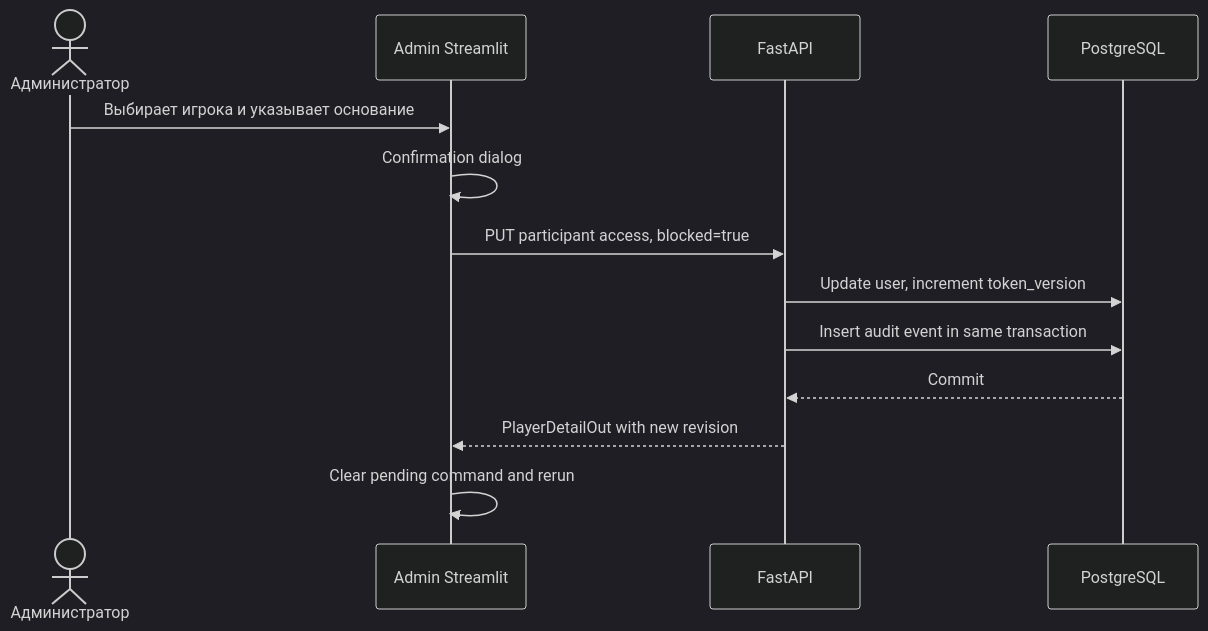
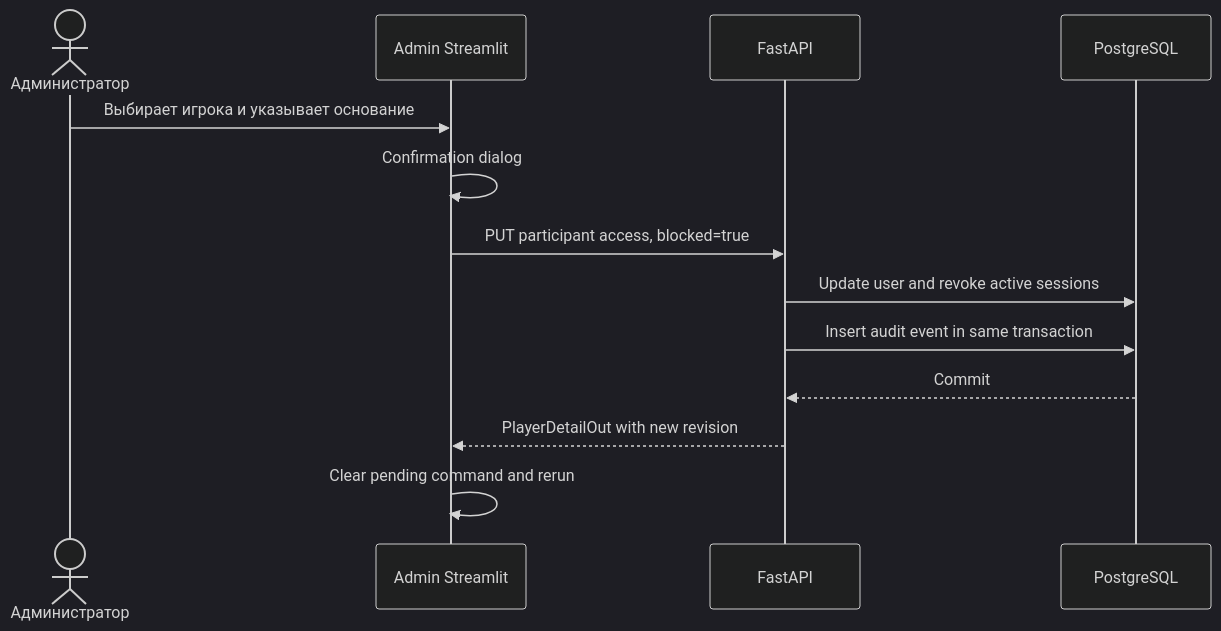
Diagram 12 of 13 in docs/streamlit-fastapi.md (BigZet/AMLautosim), drawn with Mermaid (dark theme) before and after one commit. The commit also changed other lines of this file and 179 other files, not shown here.

````diff
--- a/docs/streamlit-fastapi.md
+++ b/docs/streamlit-fastapi.md
@@ -515,16 +523,16 @@
 ```mermaid
 sequenceDiagram
     actor A as Администратор
     participant S as Admin Streamlit
     participant F as FastAPI
     participant D as PostgreSQL
 
     A->>S: Выбирает игрока и указывает основание
     S->>S: Confirmation dialog
     S->>F: PUT participant access, blocked=true
-    F->>D: Update user, increment token_version
+    F->>D: Update user and revoke active sessions
     F->>D: Insert audit event in same transaction
     D-->>F: Commit
     F-->>S: PlayerDetailOut with new revision
     S->>S: Clear pending command and rerun
 ```
````
